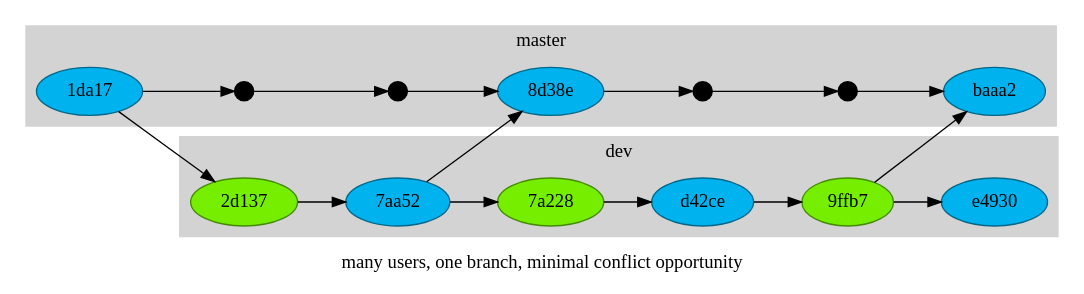
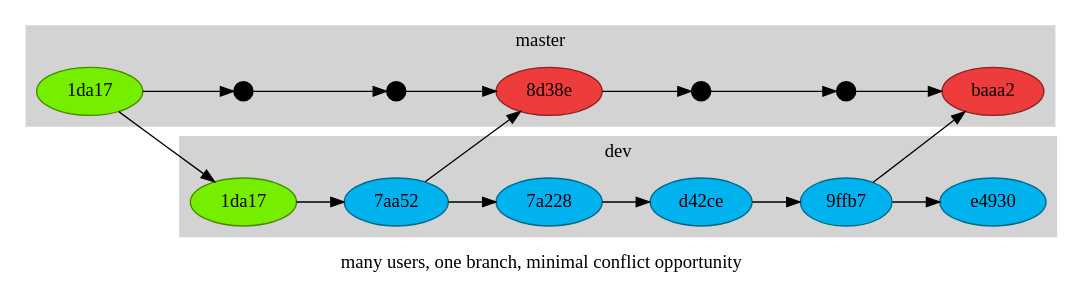
The diagram in graphs/correct-dev-branch.dot (13rac1/talk-git2), drawn with Graphviz before and after one commit.

Commit message:
Improving colors for dev branch example graph

```diff
--- a/graphs/correct-dev-branch.dot
+++ b/graphs/correct-dev-branch.dot
@@ -1,35 +1,32 @@
 digraph git {
 	rankdir=LR
 	label="many users, one branch, minimal conflict opportunity"
 	node [style=filled, color=deepskyblue4, fillcolor=deepskyblue2]
 
 	subgraph cluster_master {
 		label = "master"
 		style=filled
 		color=lightgrey
 
 		m0 -> m1 -> m2 -> m3 -> m4 -> m5 -> m6
-		m0 [label="1da17"]
-		m1 [shape=point, color=black, fillcolor=black, height=.2, width=.2]
-		m2 [shape=point, color=black, fillcolor=black, height=.2, width=.2]
-		m3 [label="8d38e"]
-		m4 [shape=point, color=black, fillcolor=black, height=.2, width=.2]
-		m5 [shape=point, color=black, fillcolor=black, height=.2, width=.2]
-		m6 [label="baaa2"]
+		m0 [label="1da17", color=chartreuse4, fillcolor=chartreuse2]
+		m1,m2,m4,m5 [shape=point, color=black, fillcolor=black, height=.2, width=.2]
+		m3 [label="8d38e", color=brown4, fillcolor=brown2]
+		m6 [label="baaa2", color=brown4, fillcolor=brown2]
 	}
 	subgraph cluster_0 {
 		label="dev"
 		style=filled
 		color=lightgrey
 
 		m0 -> a0 -> a1 -> a2 -> a3 -> a4 -> a5
-		a0 [label="2d137", color=chartreuse4, fillcolor=chartreuse2]
+		a0 [label="1da17", color=chartreuse4, fillcolor=chartreuse2]
 		a1 [label="7aa52"]
-		a2 [label="7a228", color=chartreuse4, fillcolor=chartreuse2]
+		a2 [label="7a228"]
 		a3 [label="d42ce"]
-		a4 [label="9ffb7", color=chartreuse4, fillcolor=chartreuse2]
+		a4 [label="9ffb7"]
 		a5 [label="e4930"]
     a1 -> m3
     a4 -> m6
 	}
 }
```
